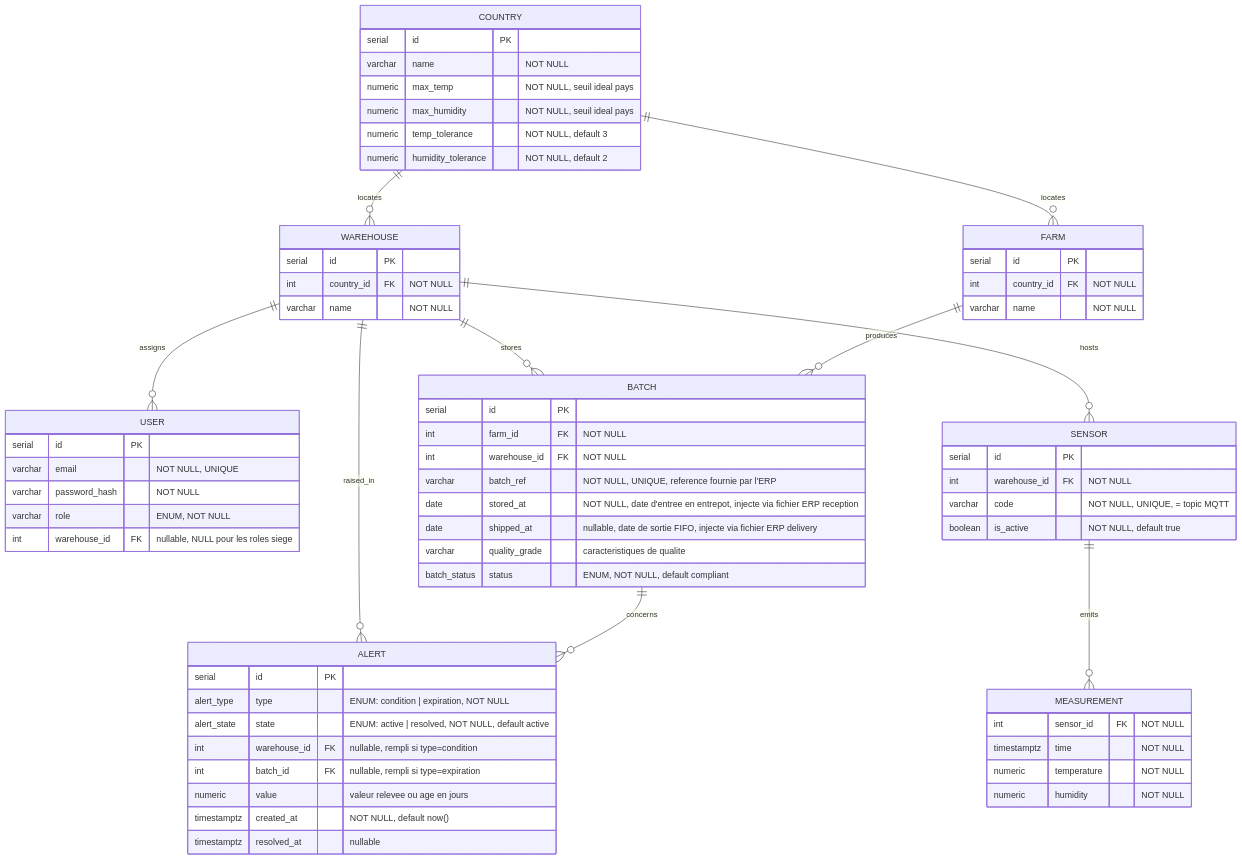
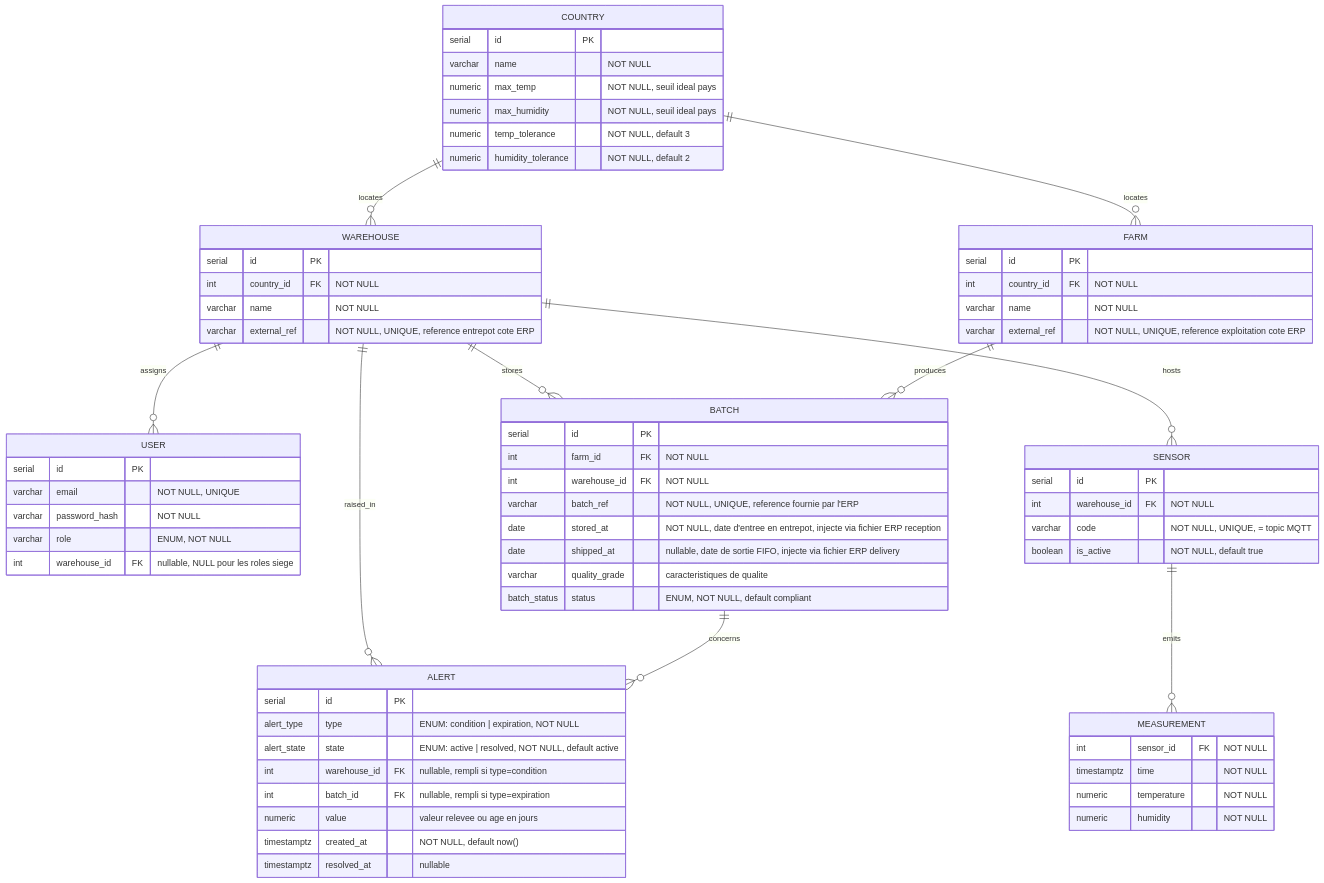
One commit to FutureKawa-Nte-G2/FutureKawa changed the diagram in Documentation/diagrammes/er_chart_corrected.md. Above: the diagram before and after it, drawn with Mermaid. The commit also changed other lines of this file, not shown here.

First line of the commit message:
fix(db): added ERP ref fields for warehouse and farm

````diff
--- a/Documentation/diagrammes/er_chart_corrected.md
+++ b/Documentation/diagrammes/er_chart_corrected.md
@@ -22,77 +22,79 @@
 ```mermaid
 erDiagram
     COUNTRY {
         serial id PK
         varchar name "NOT NULL"
         numeric max_temp "NOT NULL, seuil ideal pays"
         numeric max_humidity "NOT NULL, seuil ideal pays"
         numeric temp_tolerance "NOT NULL, default 3"
         numeric humidity_tolerance "NOT NULL, default 2"
     }
 
     FARM {
         serial id PK
         int country_id FK "NOT NULL"
         varchar name "NOT NULL"
+        varchar external_ref "NOT NULL, UNIQUE, reference exploitation cote ERP"
     }
 
     WAREHOUSE {
         serial id PK
         int country_id FK "NOT NULL"
         varchar name "NOT NULL"
+        varchar external_ref "NOT NULL, UNIQUE, reference entrepot cote ERP"
     }
 
     USER {
         serial id PK
         varchar email "NOT NULL, UNIQUE"
         varchar password_hash "NOT NULL"
         varchar role "ENUM, NOT NULL"
         int warehouse_id FK "nullable, NULL pour les roles siege"
     }
 
     SENSOR {
         serial id PK
         int warehouse_id FK "NOT NULL"
         varchar code "NOT NULL, UNIQUE, = topic MQTT"
         boolean is_active "NOT NULL, default true"
     }
 
     MEASUREMENT {
         int sensor_id FK "NOT NULL"
         timestamptz time "NOT NULL"
         numeric temperature "NOT NULL"
         numeric humidity "NOT NULL"
     }
 
     BATCH {
         serial id PK
         int farm_id FK "NOT NULL"
         int warehouse_id FK "NOT NULL"
         varchar batch_ref "NOT NULL, UNIQUE, reference fournie par l'ERP"
         date stored_at "NOT NULL, date d'entree en entrepot, injecte via fichier ERP reception"
         date shipped_at "nullable, date de sortie FIFO, injecte via fichier ERP delivery"
         varchar quality_grade "caracteristiques de qualite"
         batch_status status "ENUM, NOT NULL, default compliant"
     }
 
     ALERT {
         serial id PK
         alert_type type "ENUM: condition | expiration, NOT NULL"
         alert_state state "ENUM: active | resolved, NOT NULL, default active"
         int warehouse_id FK "nullable, rempli si type=condition"
         int batch_id FK "nullable, rempli si type=expiration"
         numeric value "valeur relevee ou age en jours"
         timestamptz created_at "NOT NULL, default now()"
         timestamptz resolved_at "nullable"
     }
 
     COUNTRY ||--o{ FARM : "locates"
     COUNTRY ||--o{ WAREHOUSE : "locates"
     WAREHOUSE ||--o{ USER : "assigns"
     WAREHOUSE ||--o{ SENSOR : "hosts"
     WAREHOUSE ||--o{ BATCH : "stores"
     WAREHOUSE ||--o{ ALERT : "raised_in"
     FARM ||--o{ BATCH : "produces"
     SENSOR ||--o{ MEASUREMENT : "emits"
     BATCH ||--o{ ALERT : "concerns"
 ```
````
